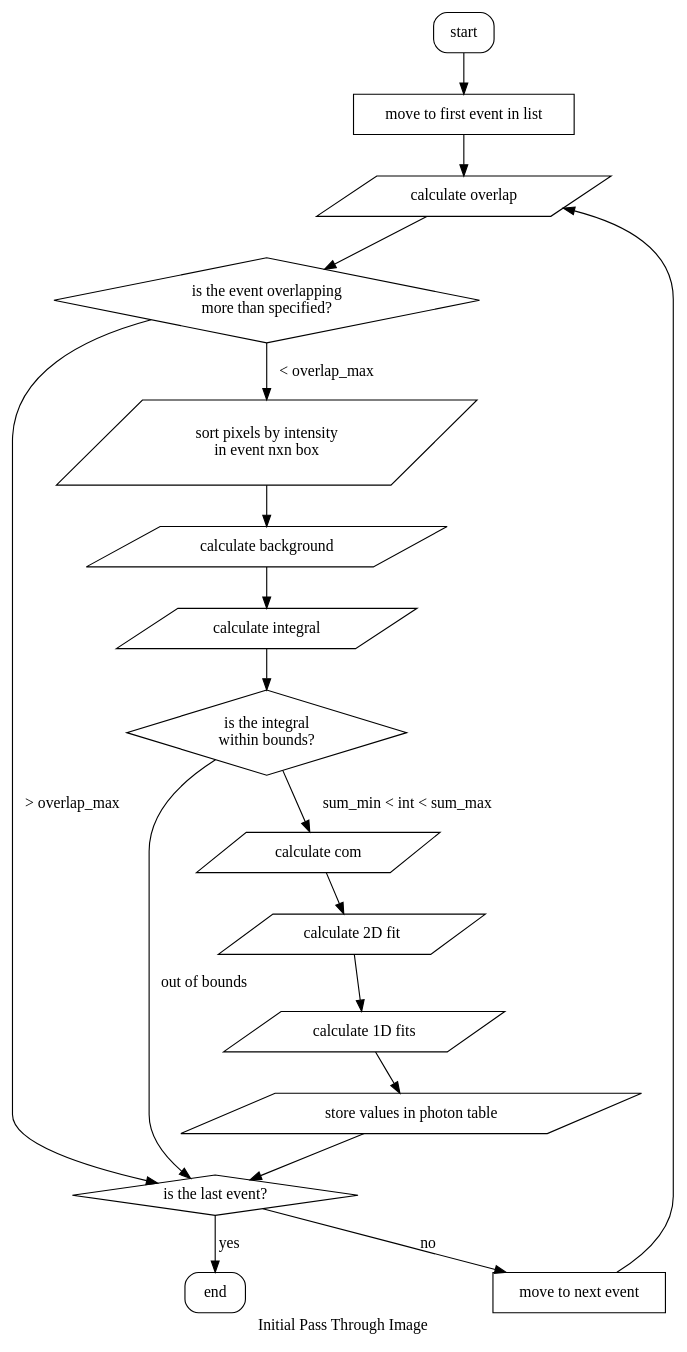
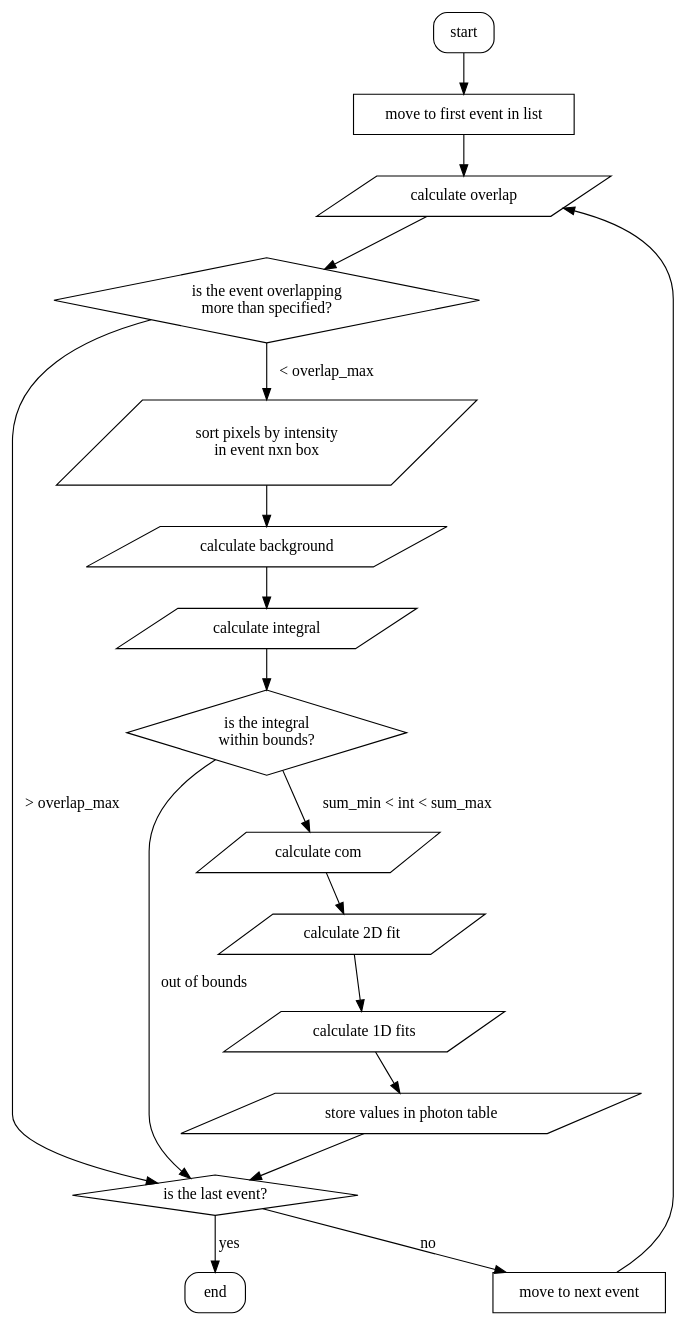
One commit to NSLS-II/centroids changed the diagram in docs/sphinx/second_pass.rst. Above: the diagram before and after it, drawn with Graphviz. The commit also changed other lines of this file and 3 other files, not shown here.

```diff
--- a/docs/sphinx/second_pass.rst
+++ b/docs/sphinx/second_pass.rst
@@ -6,41 +77,40 @@
 .. digraph:: second_pass
-
-    label="Initial Pass Through Image"
+   :caption: Second pass through events found in first pass
 
     node[shape="box", style=rounded]
        start; end;
     node[shape="diamond", style=""]
        is_last_event[label="is the last event?"]
        is_overlap_ok[label="is the event overlapping\nmore than specified?"]
        is_int_ok[label="is the integral\nwithin bounds?"]
     node[shape="parallelogram", style=""]
        calc_overlap[label="calculate overlap"]
        sort_pixels[label="sort pixels by intensity\nin event nxn box"]
        calc_bgnd[label="calculate background"]
        calc_int[label="calculate integral"]
        calc_com[label="calculate com"]
        calc_2d[label="calculate 2D fit"]
        calc_1d[label="calculate 1D fits"]
        store[label="store values in photon table"]
     node[shape="box", style=""]
        set_start_event[label="move to first event in list"]
        move_to_next_event[label="move to next event"]
 
     start -> set_start_event
     set_start_event -> calc_overlap
     calc_overlap -> is_overlap_ok
     is_overlap_ok -> is_last_event[label="> overlap_max"]
     is_overlap_ok -> sort_pixels[label="< overlap_max"]
     sort_pixels -> calc_bgnd
     calc_bgnd -> calc_int
     calc_int -> is_int_ok
     is_int_ok -> is_last_event[label="out of bounds"]
     is_int_ok -> calc_com[label="sum_min < int < sum_max"]
     calc_com -> calc_2d
     calc_2d -> calc_1d
     calc_1d -> store
     store -> is_last_event
 
     is_last_event -> end[label="yes"]
     is_last_event -> move_to_next_event[label="no"]
     move_to_next_event -> calc_overlap
```
